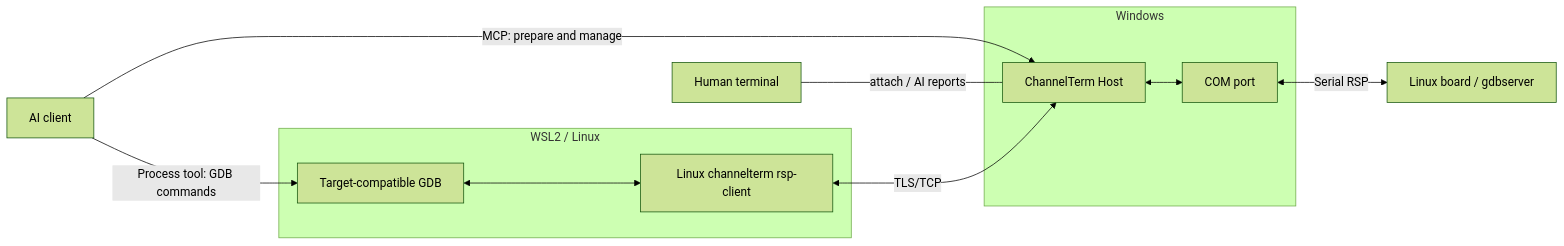
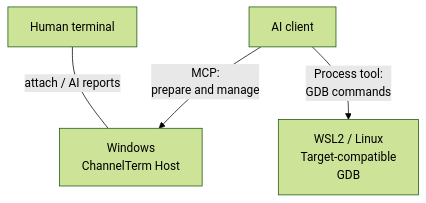
One commit to akira-init1/ChannelTerm changed the first of 3 diagrams in README.md. Above: the diagram before and after it, drawn with Mermaid (forest theme). The commit also changed other lines of this file and 13 other files, not shown here.

First line of the commit message:
docs(diagrams): clarify shared terminal and debugger data flows

````diff
--- a/README.md
+++ b/README.md
@@ -253,21 +255,10 @@
 ```mermaid
-flowchart LR
+flowchart TB
     AI["AI client"]
     Human["Human terminal"]
-    subgraph Windows
-        Host["ChannelTerm Host"]
-        COM["COM port"]
-        Host <--> COM
-    end
-    subgraph WSL2["WSL2 / Linux"]
-        GDB["Target-compatible GDB"]
-        Helper["Linux channelterm rsp-client"]
-        GDB <--> Helper
-    end
-    Board["Linux board / gdbserver"]
-    AI -->|"MCP: prepare and manage"| Host
-    AI -->|"Process tool: GDB commands"| GDB
+    Host["Windows<br/>ChannelTerm Host"]
+    GDB["WSL2 / Linux<br/>Target-compatible<br/>GDB"]
+    AI -->|"MCP:<br/>prepare and manage"| Host
+    AI -->|"Process tool:<br/>GDB commands"| GDB
     Human ---|"attach / AI reports"| Host
-    Helper <-->|"TLS/TCP"| Host
-    COM <-->|"Serial RSP"| Board
 ```
````
